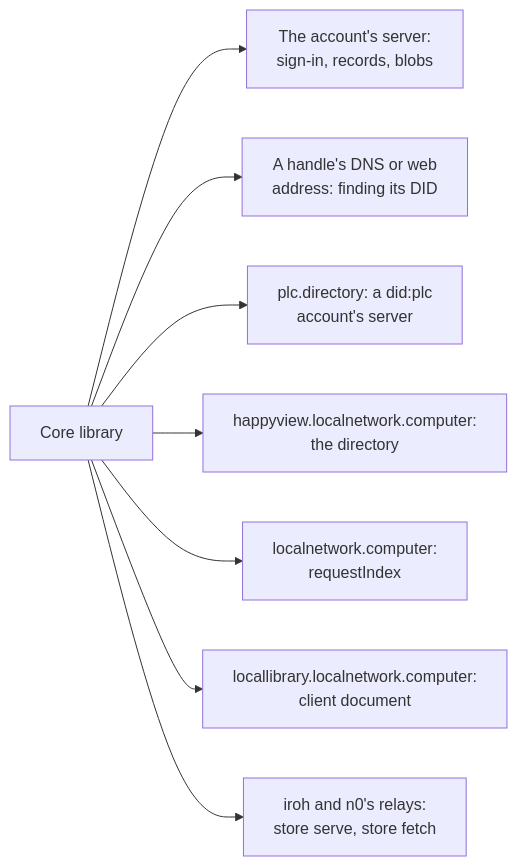
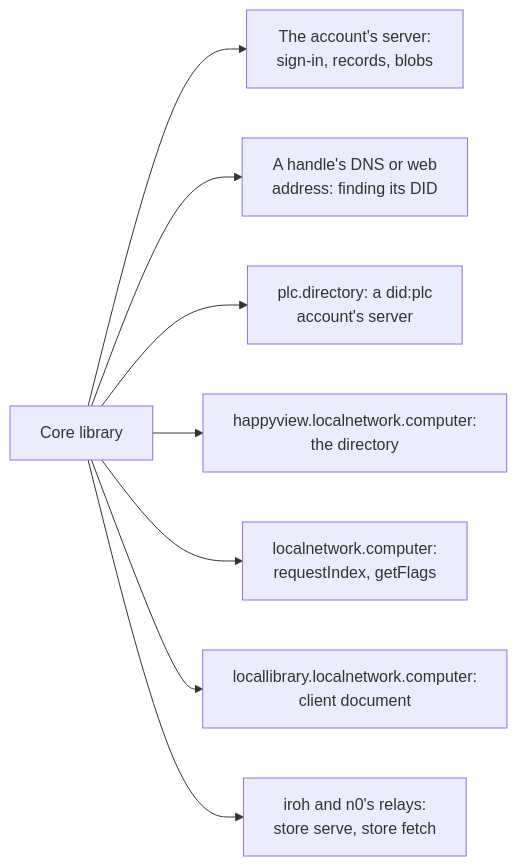
Before and after one commit to cutenode/localnetwork: the sixth of 8 diagrams in apps/locallibrary/docs/diagrams/publishing-and-services.md, drawn with Mermaid. The commit also changed other lines of this file and 42 other files, not shown here.

First line of the commit message:
feat(locallibrary): see the same feature flags as the website

````diff
--- a/apps/locallibrary/docs/diagrams/publishing-and-services.md
+++ b/apps/locallibrary/docs/diagrams/publishing-and-services.md
@@ -129,10 +129,10 @@
 ```mermaid
 flowchart LR
     core["Core library"] --> pds["The account's server:<br/>sign-in, records, blobs"]
     core --> handle["A handle's DNS or web<br/>address: finding its DID"]
     core --> plc["plc.directory: a did:plc<br/>account's server"]
     core --> happyview["happyview.localnetwork.computer:<br/>the directory"]
-    core --> website["localnetwork.computer:<br/>requestIndex"]
+    core --> website["localnetwork.computer:<br/>requestIndex, getFlags"]
     core --> client["locallibrary.localnetwork.computer:<br/>client document"]
     core --> iroh["iroh and n0's relays:<br/>store serve, store fetch"]
 ```
````
